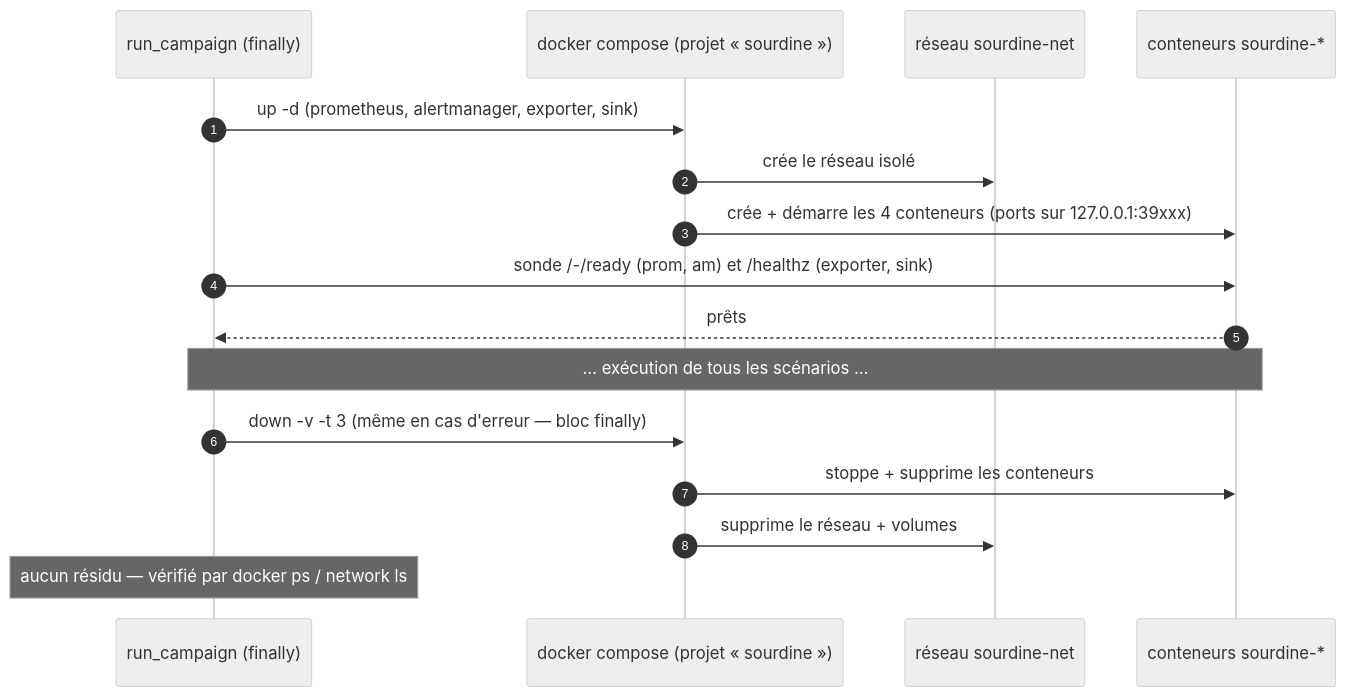
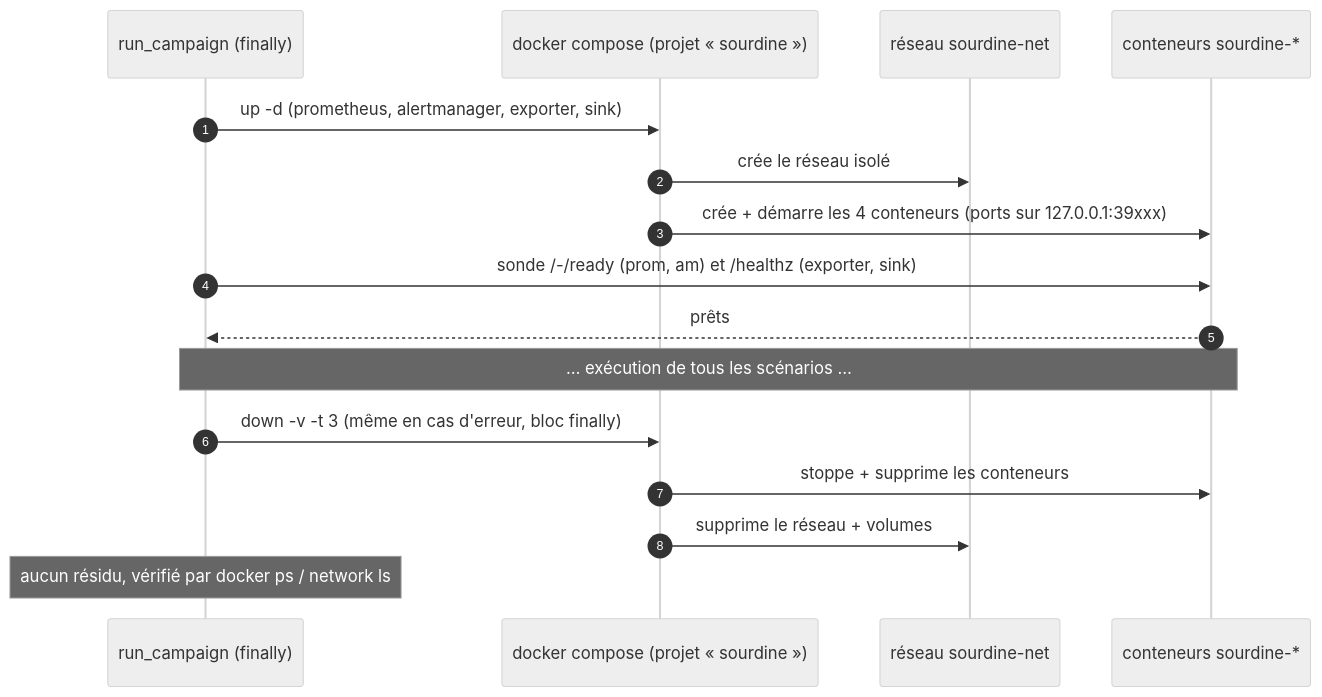
One commit to apex-numeris/sourdine changed the third of 4 diagrams in docs/03-diagramme-de-sequence.md. Above: the diagram before and after it, drawn with Mermaid (neutral theme). The commit also changed other lines of this file and 10 other files, not shown here.

First line of the commit message:
docs: passe typographique sur docs/ et SCHEMA.md, références du dépôt autonome

````diff
--- a/docs/03-diagramme-de-sequence.md
+++ b/docs/03-diagramme-de-sequence.md
@@ -78,19 +78,19 @@
 ```mermaid
 sequenceDiagram
     autonumber
     participant R as run_campaign (finally)
     participant C as docker compose (projet « sourdine »)
     participant NET as réseau sourdine-net
     participant CT as conteneurs sourdine-*
 
     R->>C: up -d (prometheus, alertmanager, exporter, sink)
     C->>NET: crée le réseau isolé
     C->>CT: crée + démarre les 4 conteneurs (ports sur 127.0.0.1:39xxx)
     R->>CT: sonde /-/ready (prom, am) et /healthz (exporter, sink)
     CT-->>R: prêts
     Note over R,CT: … exécution de tous les scénarios …
-    R->>C: down -v -t 3 (même en cas d'erreur — bloc finally)
+    R->>C: down -v -t 3 (même en cas d'erreur, bloc finally)
     C->>CT: stoppe + supprime les conteneurs
     C->>NET: supprime le réseau + volumes
-    Note over R: aucun résidu — vérifié par docker ps / network ls
+    Note over R: aucun résidu, vérifié par docker ps / network ls
 ```
````
